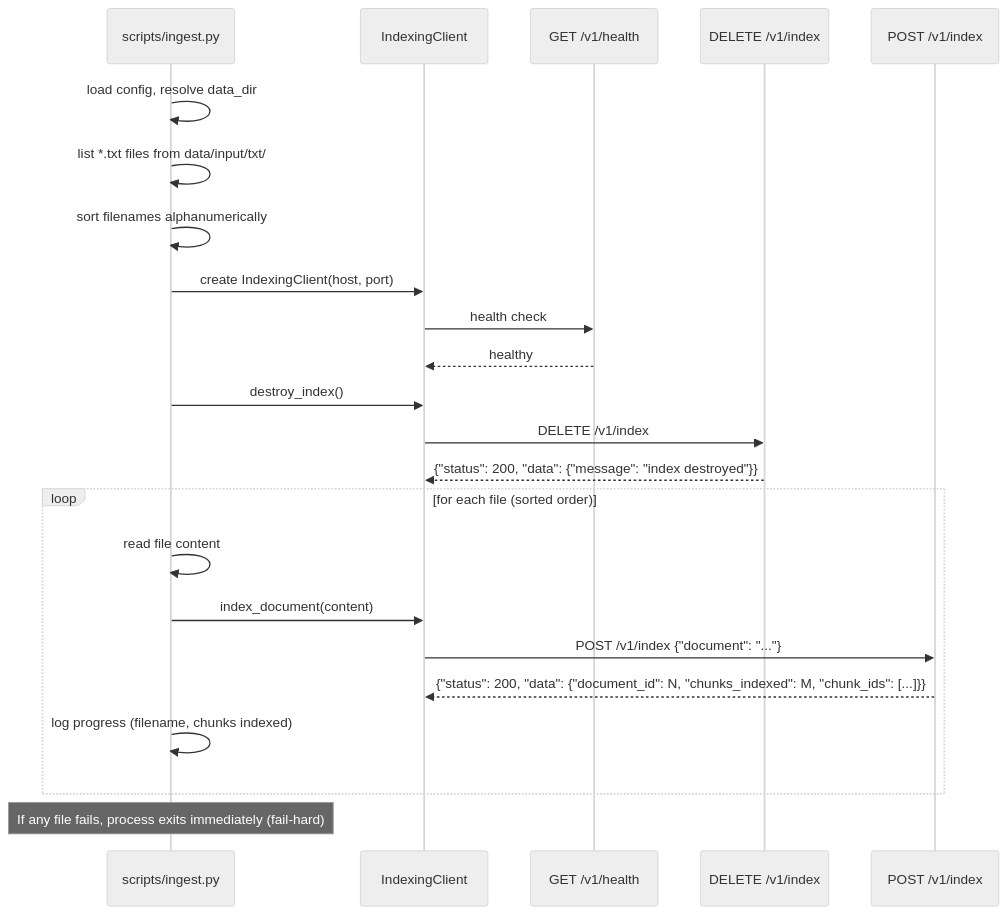
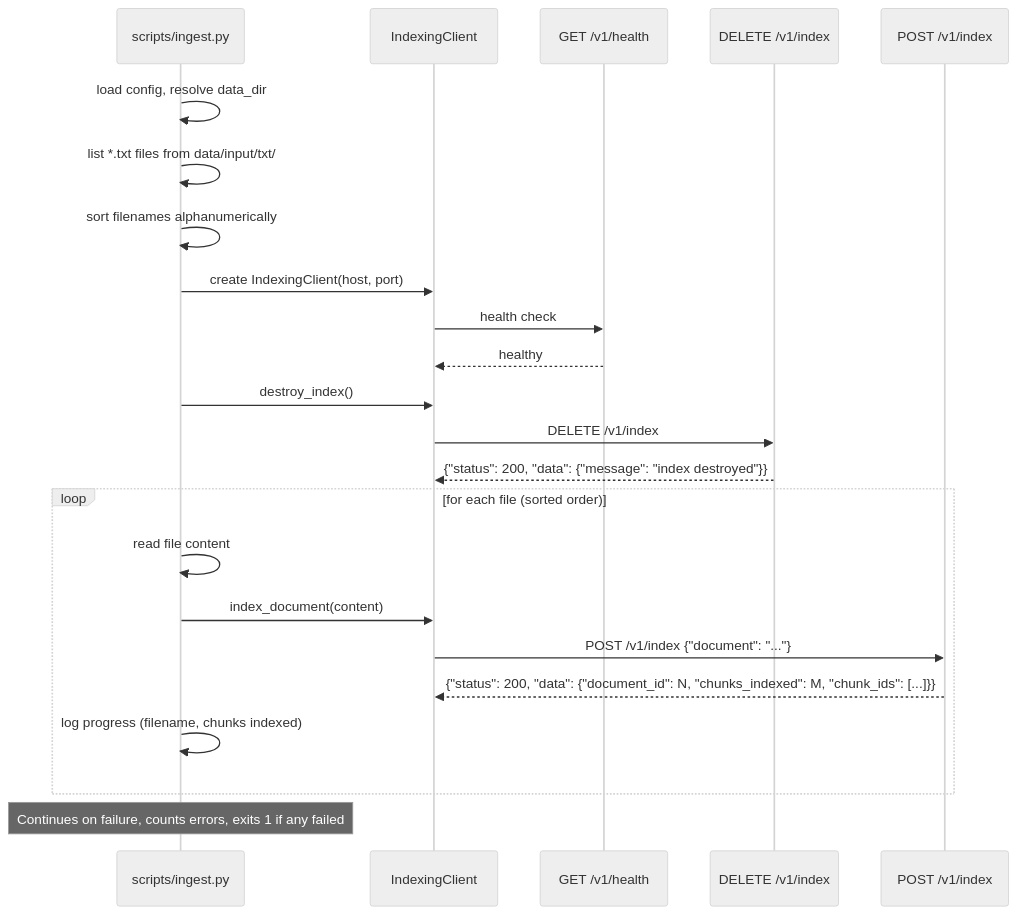
Before and after one commit to florianbuetow/mini-rag: the eighth of 9 diagrams in docs/SPECIFICATION-DATA-FLOW.md, drawn with Mermaid (neutral theme). The commit also changed other lines of this file and 11 other files, not shown here.

````diff
--- a/docs/SPECIFICATION-DATA-FLOW.md
+++ b/docs/SPECIFICATION-DATA-FLOW.md
@@ -533,29 +536,29 @@
 ```mermaid
 sequenceDiagram
     participant S as scripts/ingest.py
     participant IC as IndexingClient
     participant H as GET /v1/health
     participant DI as DELETE /v1/index
     participant PI as POST /v1/index
 
     S->>S: load config, resolve data_dir
     S->>S: list *.txt files from data/input/txt/
     S->>S: sort filenames alphanumerically
     S->>IC: create IndexingClient(host, port)
     IC->>H: health check
     H-->>IC: healthy
 
     S->>IC: destroy_index()
     IC->>DI: DELETE /v1/index
     DI-->>IC: {"status": 200, "data": {"message": "index destroyed"}}
 
     loop for each file (sorted order)
         S->>S: read file content
         S->>IC: index_document(content)
         IC->>PI: POST /v1/index {"document": "..."}
         PI-->>IC: {"status": 200, "data": {"document_id": N, "chunks_indexed": M, "chunk_ids": [...]}}
         S->>S: log progress (filename, chunks indexed)
     end
 
-    Note over S: If any file fails, process exits immediately (fail-hard)
+    Note over S: Continues on failure, counts errors, exits 1 if any failed
 ```
````
